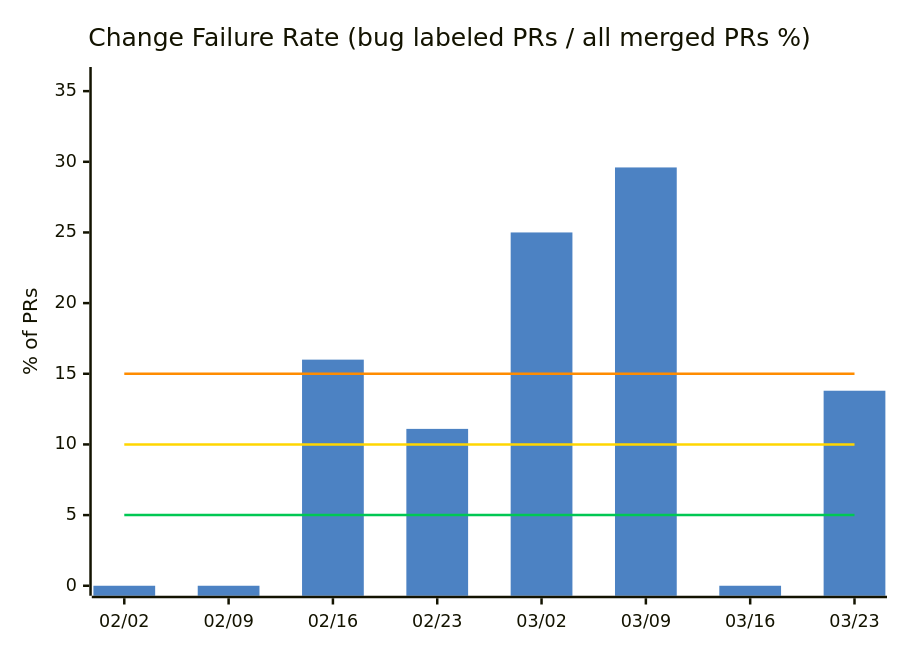
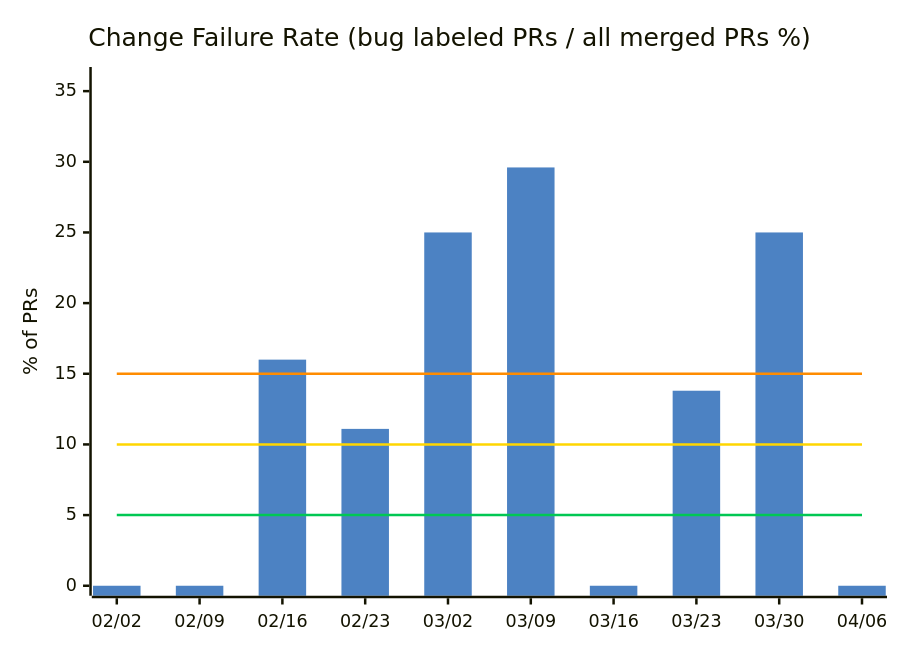
One commit to nablarch/nabledge-dev changed the third of 14 diagrams in docs/metrics.md. Above: the diagram before and after it, drawn with Mermaid. The commit also changed other lines of this file and 2 other files, not shown here.

````diff
--- a/docs/metrics.md
+++ b/docs/metrics.md
@@ -61,11 +61,11 @@
 ```mermaid
 %%{init: {'theme': 'base', 'themeVariables': {'xyChart': {'plotColorPalette': '#4C82C3,#00C853,#FFD600,#FF8C00'}}}}%%
 xychart-beta
   title "Change Failure Rate (bug labeled PRs / all merged PRs %)"
-  x-axis ["02/02", "02/09", "02/16", "02/23", "03/02", "03/09", "03/16", "03/23"]
+  x-axis ["02/02", "02/09", "02/16", "02/23", "03/02", "03/09", "03/16", "03/23", "03/30", "04/06"]
   y-axis "% of PRs" 0 --> 36
-  bar [0, 0, 16, 11.1, 25, 29.6, 0, 13.8]
-  line [5, 5, 5, 5, 5, 5, 5, 5]
-  line [10, 10, 10, 10, 10, 10, 10, 10]
-  line [15, 15, 15, 15, 15, 15, 15, 15]
+  bar [0, 0, 16, 11.1, 25, 29.6, 0, 13.8, 25, 0]
+  line [5, 5, 5, 5, 5, 5, 5, 5, 5, 5]
+  line [10, 10, 10, 10, 10, 10, 10, 10, 10, 10]
+  line [15, 15, 15, 15, 15, 15, 15, 15, 15, 15]
 ```
````
